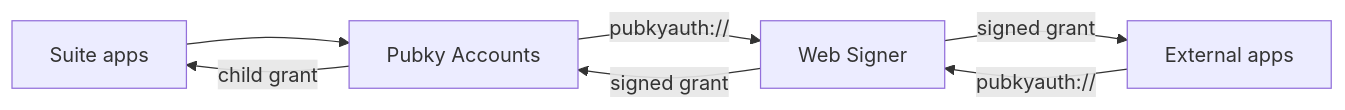
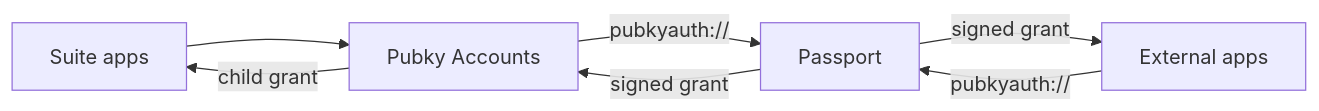
One commit to pubky/pubky-passport changed the second of 5 diagrams in docs/rfc/0001-signers-and-accounts.md. Above: the diagram before and after it, drawn with Mermaid. The commit also changed other lines of this file, not shown here.

Commit message:
docs(rfc): call the Web Signer Passport

````diff
--- a/docs/rfc/0001-signers-and-accounts.md
+++ b/docs/rfc/0001-signers-and-accounts.md
@@ -84,9 +84,9 @@
 ```mermaid
 flowchart LR
     Suite["Suite apps"] --> Acc["Pubky Accounts"]
-    Acc -- "pubkyauth://" --> WS["Web Signer"]
+    Acc -- "pubkyauth://" --> WS["Passport"]
     Ext["External apps"] -- "pubkyauth://" --> WS
     WS -- "signed grant" --> Acc
     WS -- "signed grant" --> Ext
     Acc -- "child grant" --> Suite
 ```
````
